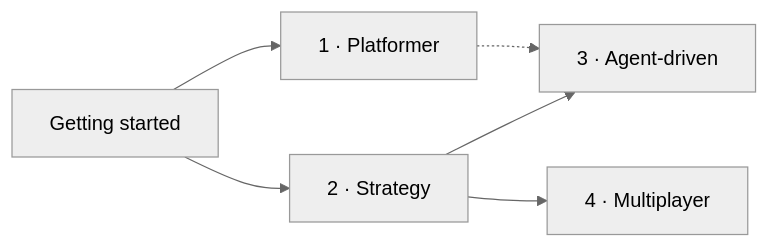
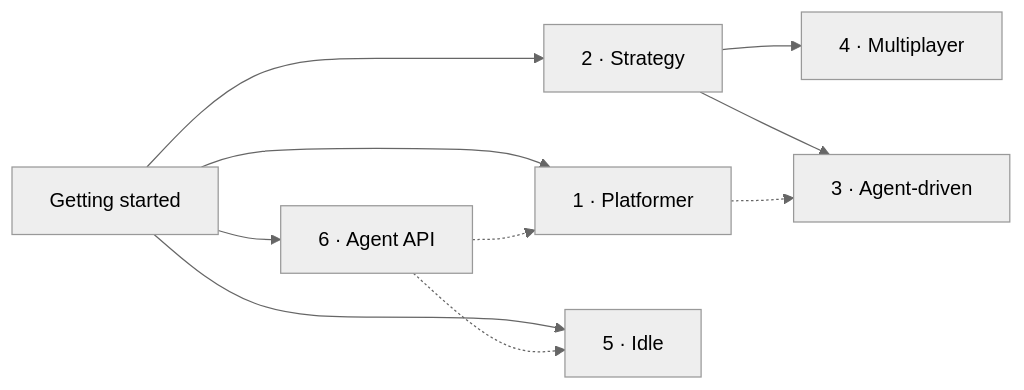
The diagram in docs/tutorials/README.md (arashrasoulzadeh/agentic-game-engine), drawn with Mermaid (neutral theme) before and after one commit. The commit also changed 15 other files, not shown here.

````diff
--- a/docs/tutorials/README.md
+++ b/docs/tutorials/README.md
@@ -18,8 +18,12 @@
 ```mermaid
 flowchart LR
     GS[Getting started] --> T1[1 · Platformer]
     GS --> T2[2 · Strategy]
+    GS --> T5[5 · Idle]
+    GS --> T6[6 · Agent API]
     T2 --> T3[3 · Agent-driven]
     T2 --> T4[4 · Multiplayer]
     T1 -.-> T3
+    T6 -.-> T1
+    T6 -.-> T5
 ```
````
